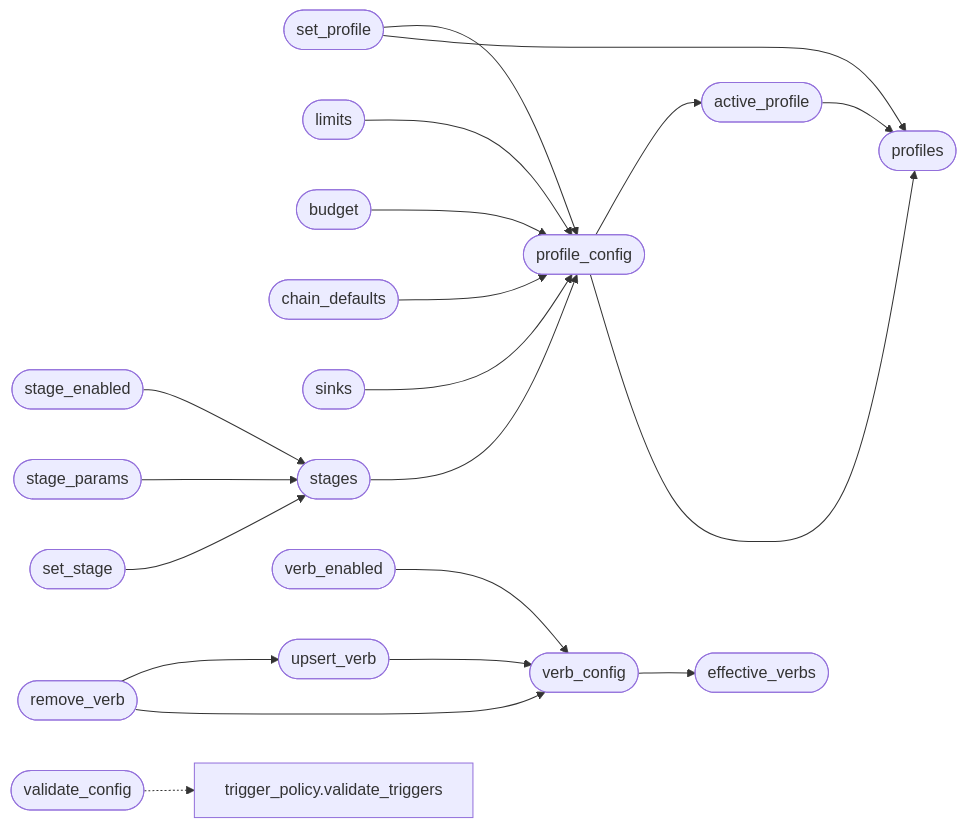
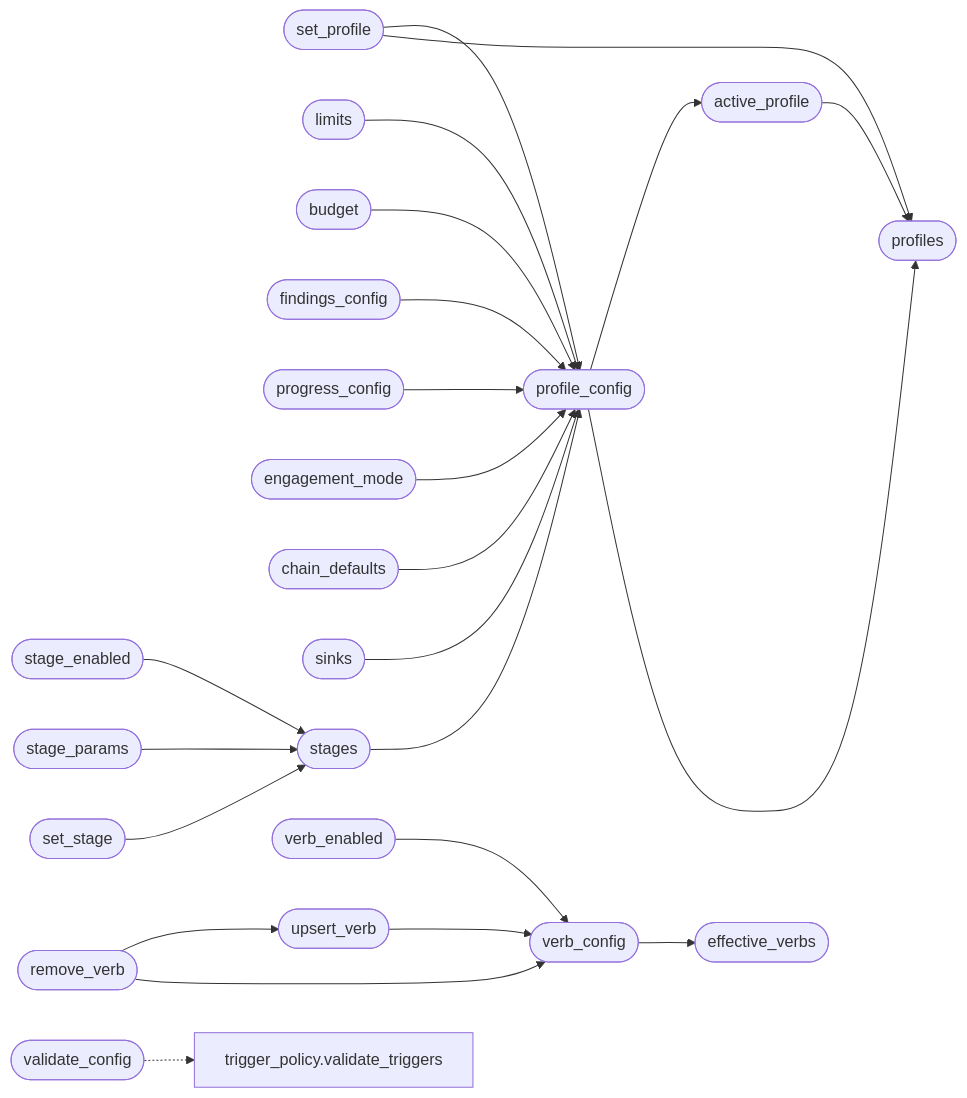
The diagram in readmenator-apidocs/modules/modules.orchestrator_config.py.md (grisuno/LazyOwn), drawn with Mermaid before and after one commit. The commit also changed other lines of this file and 415 other files, not shown here.

````diff
--- a/readmenator-apidocs/modules/modules.orchestrator_config.py.md
+++ b/readmenator-apidocs/modules/modules.orchestrator_config.py.md
@@ -25,41 +25,47 @@
 ```mermaid
 flowchart LR
     n_modules_orchestrator_config_py__active_profile(["active_profile"])
     n_modules_orchestrator_config_py__profiles(["profiles"])
     n_modules_orchestrator_config_py__profile_config(["profile_config"])
     n_modules_orchestrator_config_py__set_profile(["set_profile"])
     n_modules_orchestrator_config_py__limits(["limits"])
     n_modules_orchestrator_config_py__budget(["budget"])
+    n_modules_orchestrator_config_py__findings_config(["findings_config"])
+    n_modules_orchestrator_config_py__progress_config(["progress_config"])
+    n_modules_orchestrator_config_py__engagement_mode(["engagement_mode"])
     n_modules_orchestrator_config_py__chain_defaults(["chain_defaults"])
     n_modules_orchestrator_config_py__sinks(["sinks"])
     n_modules_orchestrator_config_py__stages(["stages"])
     n_modules_orchestrator_config_py__stage_enabled(["stage_enabled"])
     n_modules_orchestrator_config_py__stage_params(["stage_params"])
     n_modules_orchestrator_config_py__set_stage(["set_stage"])
     n_modules_orchestrator_config_py__verb_config(["verb_config"])
     n_modules_orchestrator_config_py__effective_verbs(["effective_verbs"])
     n_modules_orchestrator_config_py__verb_enabled(["verb_enabled"])
     n_modules_orchestrator_config_py__upsert_verb(["upsert_verb"])
     n_modules_orchestrator_config_py__remove_verb(["remove_verb"])
     n_modules_orchestrator_config_py__validate_config(["validate_config"])
     n_modules_trigger_policy_py__validate_triggers["trigger_policy.validate_triggers"]
     n_modules_orchestrator_config_py__active_profile --> n_modules_orchestrator_config_py__profiles
     n_modules_orchestrator_config_py__profile_config --> n_modules_orchestrator_config_py__active_profile
     n_modules_orchestrator_config_py__profile_config --> n_modules_orchestrator_config_py__profiles
     n_modules_orchestrator_config_py__set_profile --> n_modules_orchestrator_config_py__profile_config
     n_modules_orchestrator_config_py__set_profile --> n_modules_orchestrator_config_py__profiles
     n_modules_orchestrator_config_py__limits --> n_modules_orchestrator_config_py__profile_config
     n_modules_orchestrator_config_py__budget --> n_modules_orchestrator_config_py__profile_config
+    n_modules_orchestrator_config_py__findings_config --> n_modules_orchestrator_config_py__profile_config
+    n_modules_orchestrator_config_py__progress_config --> n_modules_orchestrator_config_py__profile_config
+    n_modules_orchestrator_config_py__engagement_mode --> n_modules_orchestrator_config_py__profile_config
     n_modules_orchestrator_config_py__chain_defaults --> n_modules_orchestrator_config_py__profile_config
     n_modules_orchestrator_config_py__sinks --> n_modules_orchestrator_config_py__profile_config
     n_modules_orchestrator_config_py__stages --> n_modules_orchestrator_config_py__profile_config
     n_modules_orchestrator_config_py__stage_enabled --> n_modules_orchestrator_config_py__stages
     n_modules_orchestrator_config_py__stage_params --> n_modules_orchestrator_config_py__stages
     n_modules_orchestrator_config_py__set_stage --> n_modules_orchestrator_config_py__stages
     n_modules_orchestrator_config_py__verb_config --> n_modules_orchestrator_config_py__effective_verbs
     n_modules_orchestrator_config_py__verb_enabled --> n_modules_orchestrator_config_py__verb_config
     n_modules_orchestrator_config_py__upsert_verb --> n_modules_orchestrator_config_py__verb_config
     n_modules_orchestrator_config_py__remove_verb --> n_modules_orchestrator_config_py__upsert_verb
     n_modules_orchestrator_config_py__remove_verb --> n_modules_orchestrator_config_py__verb_config
     n_modules_orchestrator_config_py__validate_config -.-> n_modules_trigger_policy_py__validate_triggers
 ```
````
